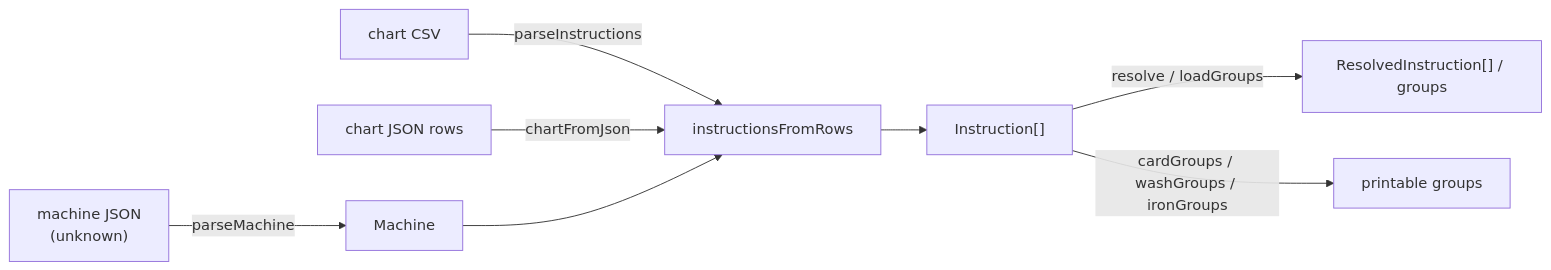
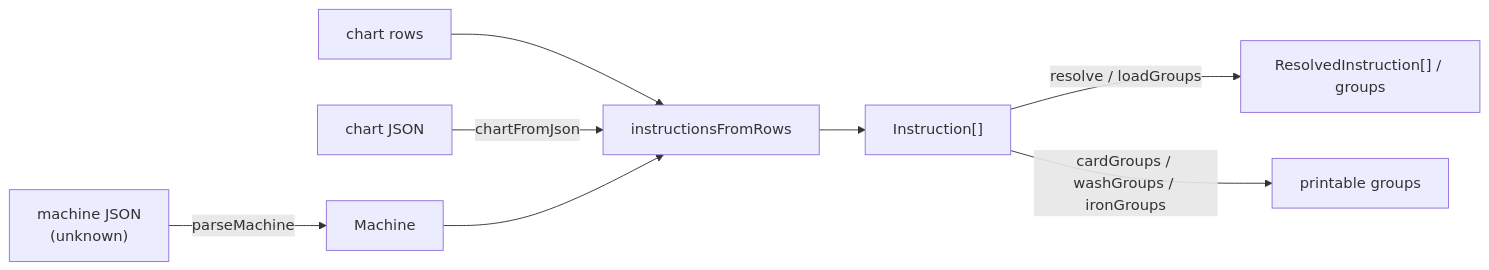
The diagram in docs/ARCHITECTURE.md (alrayyes/washy-washy-core), drawn with Mermaid before and after one commit. The commit also changed other lines of this file and 19 other files, not shown here.

First line of the commit message:
feat!: remove the CSV parser and the csv-parse dependency (#148)

````diff
--- a/docs/ARCHITECTURE.md
+++ b/docs/ARCHITECTURE.md
@@ -53,10 +49,10 @@
 ```mermaid
 flowchart LR
     MJ["machine JSON\n(unknown)"] -->|parseMachine| M["Machine"]
-    CJ["chart CSV"] -->|parseInstructions| RF
-    RJ["chart JSON rows"] -->|chartFromJson| RF["instructionsFromRows"]
+    CR["chart rows"] --> RF
+    RJ["chart JSON"] -->|chartFromJson| RF["instructionsFromRows"]
     M --> RF
     RF --> I["Instruction[]"]
     I -->|resolve / loadGroups| RI["ResolvedInstruction[] / groups"]
     I -->|cardGroups / washGroups / ironGroups| G["printable groups"]
 ```
````
